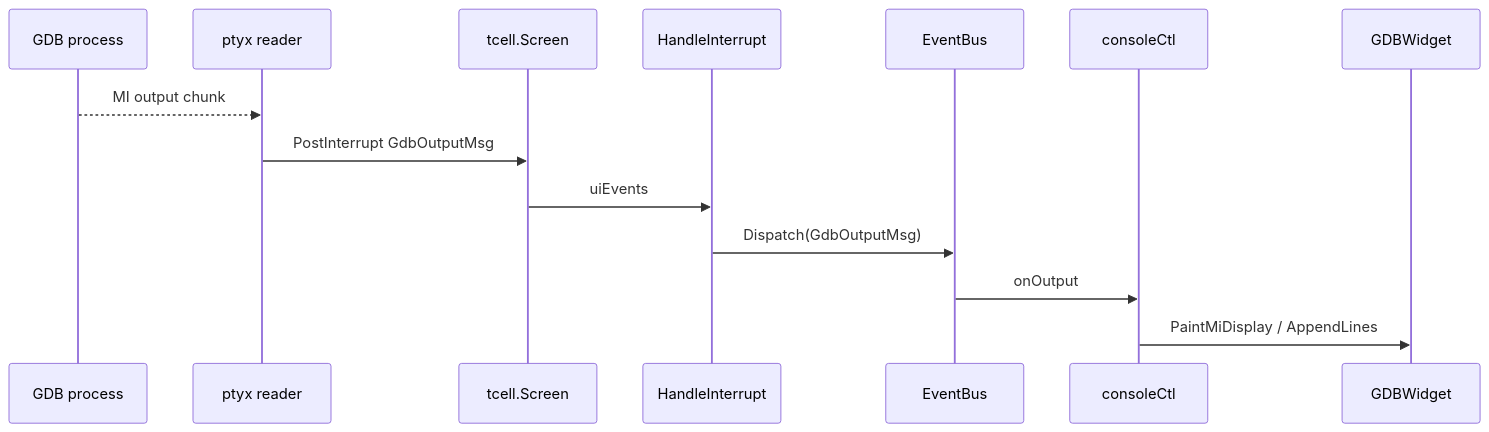
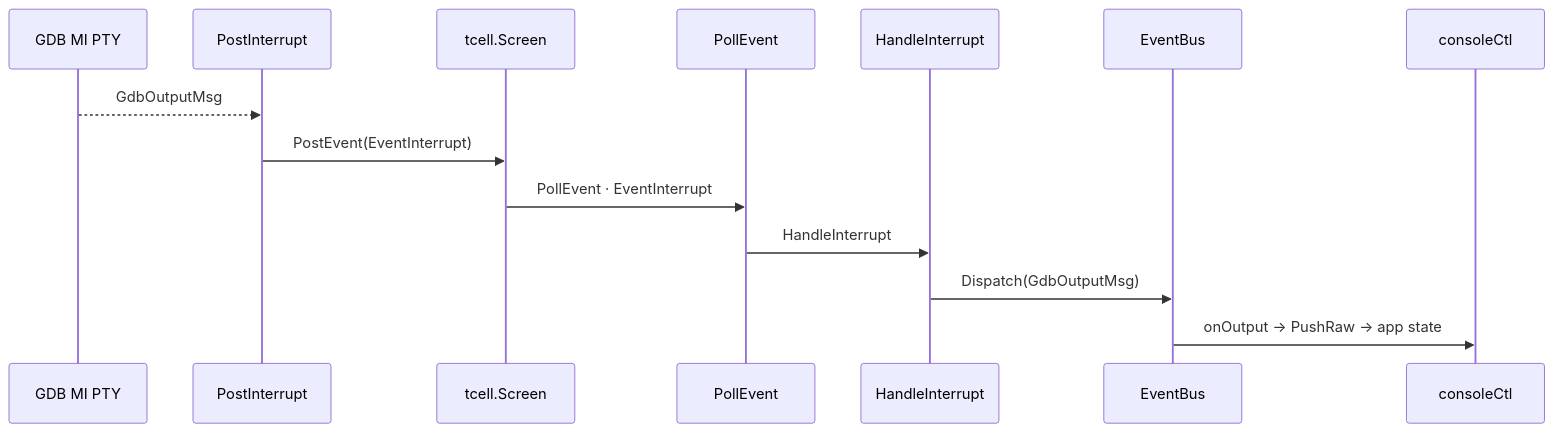
One commit to yairgd/gdbforge changed the tenth of 11 diagrams in docs/ARCHITECTURE.md. Above: the diagram before and after it, drawn with Mermaid. The commit also changed other lines of this file and 243 other files, not shown here.

````diff
--- a/docs/ARCHITECTURE.md
+++ b/docs/ARCHITECTURE.md
@@ -931,17 +960,17 @@
 ```mermaid
 sequenceDiagram
-    participant GDB as GDB process
-    participant PTY as ptyx reader
+    participant GDB as GDB MI PTY
+    participant Post as PostInterrupt
     participant Screen as tcell.Screen
+    participant Poll as PollEvent
     participant HI as HandleInterrupt
     participant Bus as EventBus
     participant Ctrl as consoleCtl
-    participant Widget as GDBWidget
 
-    GDB-->>PTY: MI output chunk
-    PTY->>Screen: PostInterrupt GdbOutputMsg
-    Screen->>HI: uiEvents
+    GDB-->>Post: GdbOutputMsg
+    Post->>Screen: PostEvent(EventInterrupt)
+    Screen->>Poll: PollEvent · EventInterrupt
+    Poll->>HI: HandleInterrupt
     HI->>Bus: Dispatch(GdbOutputMsg)
-    Bus->>Ctrl: onOutput
-    Ctrl->>Widget: PaintMiDisplay / AppendLines
+    Bus->>Ctrl: onOutput → PushRaw → app state
 ```
````
